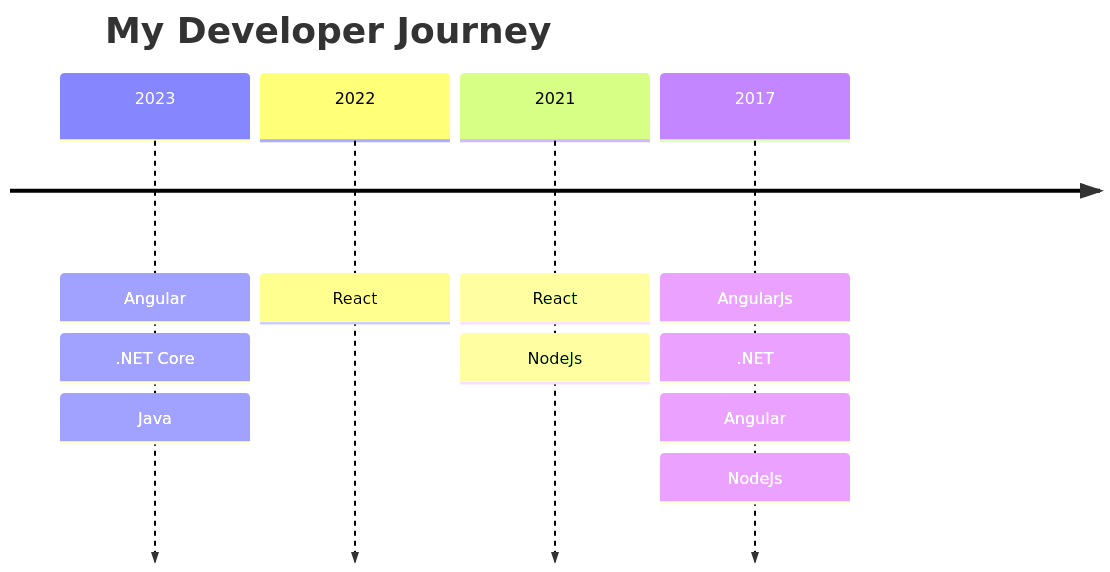
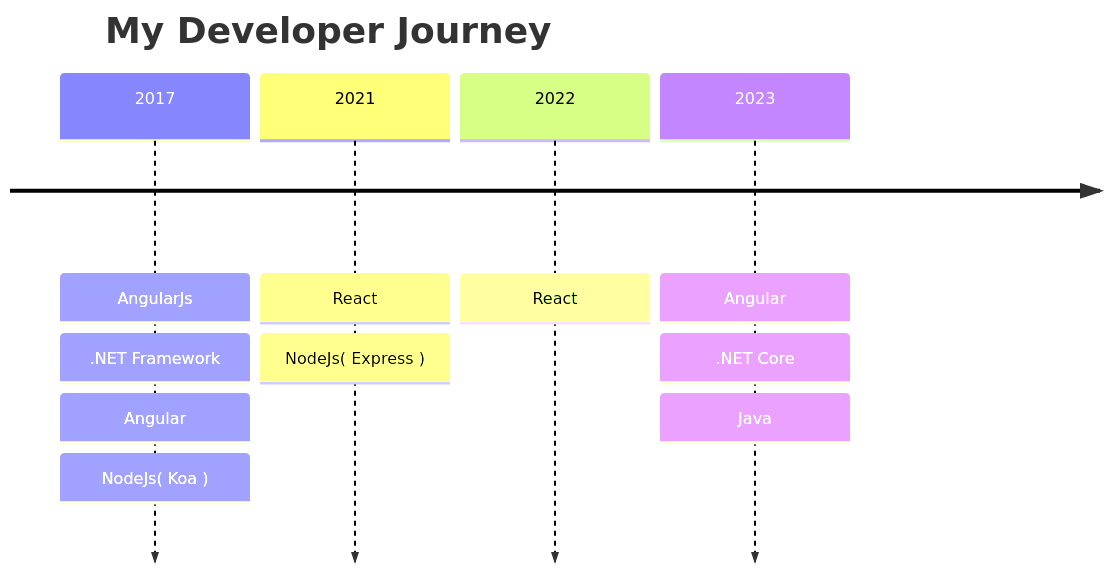
One commit to grady982/grady982 changed the diagram in README.md. Above: the diagram before and after it, drawn with Mermaid.

````diff
--- a/README.md
+++ b/README.md
@@ -13,14 +13,14 @@
 ```mermaid
 timeline
     title My Developer Journey
+    2017 : AngularJs
+         : .NET Framework
+         : Angular
+         : NodeJs( Koa )
+    2021 : React
+         : NodeJs( Express )
+    2022 : React
     2023 : Angular
-         : .NET Core
-         : Java
-    2022 : React
-    2021 : React
-         : NodeJs
-    2017 : AngularJs
-         : .NET
-         : Angular
-         : NodeJs
+             : .NET Core
+             : Java
 ```
````
